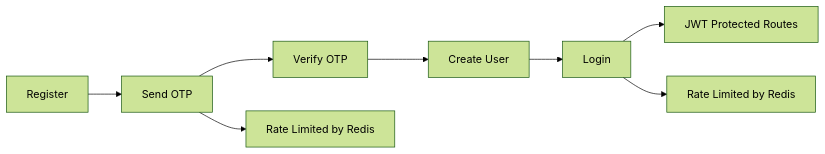
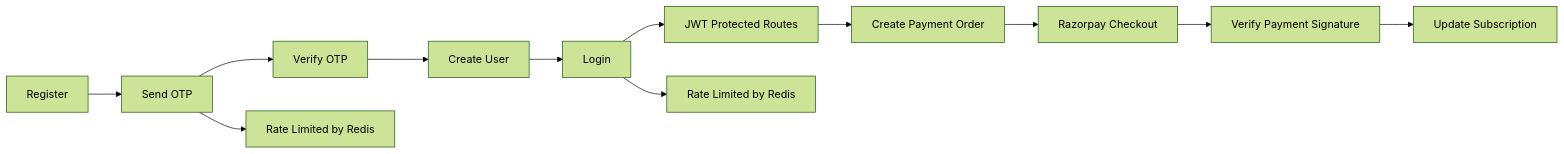
Before and after one commit to AtulYadavCodes/SheetXray: the diagram in README.md, drawn with Mermaid (forest theme). The commit also changed other lines of this file, not shown here.

Commit message:
Add payment routes and flow documentation for Razorpay integration

````diff
--- a/README.md
+++ b/README.md
@@ -29,10 +30,14 @@
 ```mermaid
 flowchart LR
 		A[Register] --> B[Send OTP]
 		B --> C[Verify OTP]
 		C --> D[Create User]
 		D --> E[Login]
 		E --> F[JWT Protected Routes]
 		E --> G[Rate Limited by Redis]
 		B --> H[Rate Limited by Redis]
+		F --> I[Create Payment Order]
+		I --> J[Razorpay Checkout]
+		J --> K[Verify Payment Signature]
+		K --> L[Update Subscription]
 ```
````
